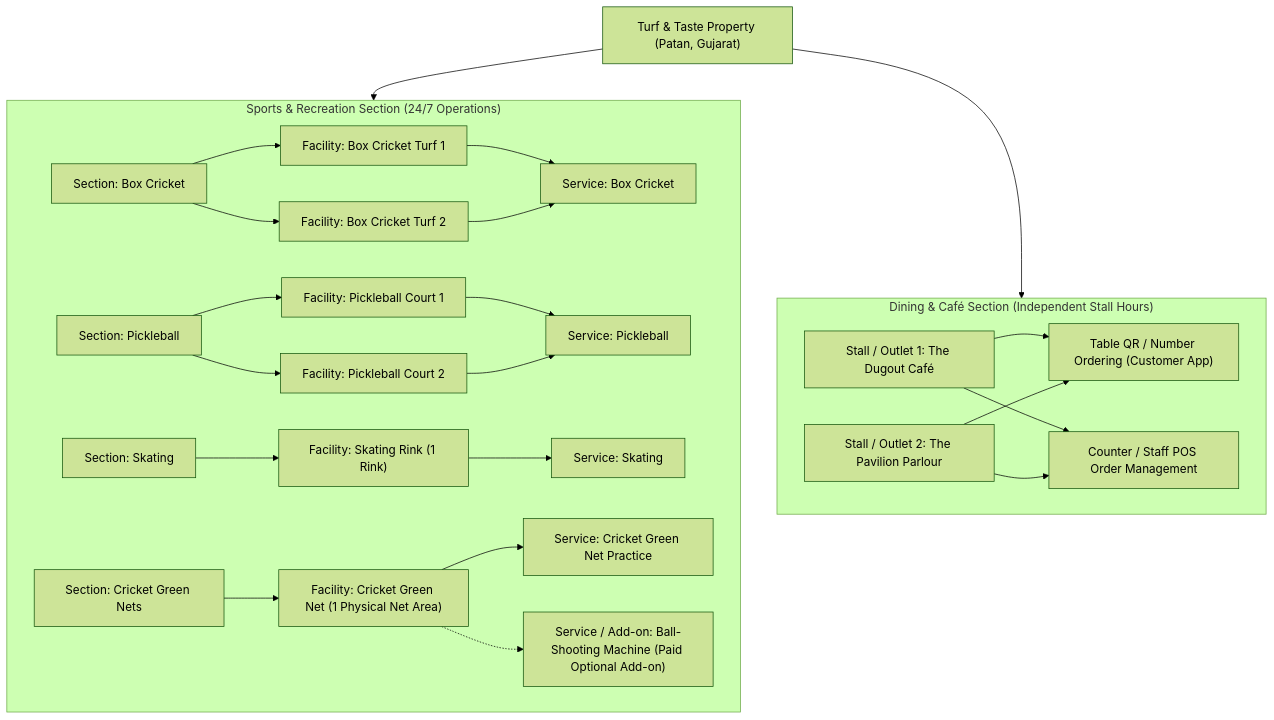
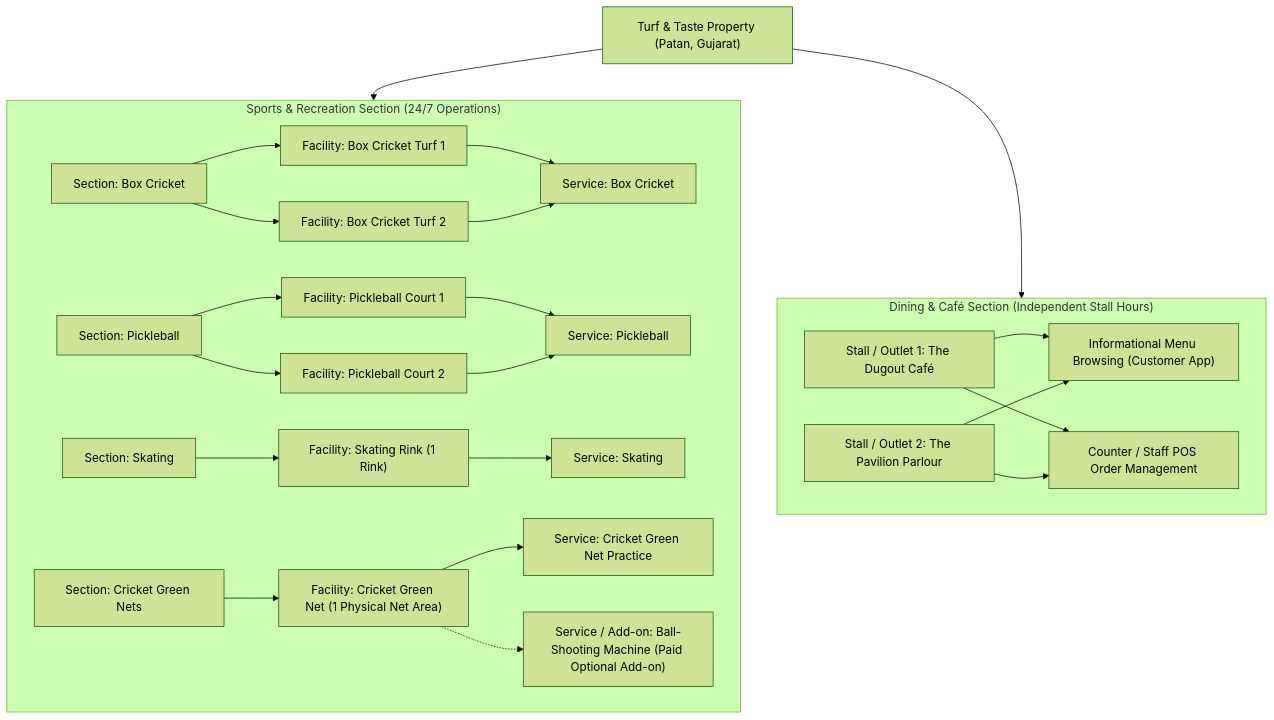
One commit to Devansh5602/TurfAndTaste changed the diagram in docs/domain/PROJECT_TRUTH.md. Above: the diagram before and after it, drawn with Mermaid (forest theme). The commit also changed other lines of this file and 6 other files, not shown here.

````diff
--- a/docs/domain/PROJECT_TRUTH.md
+++ b/docs/domain/PROJECT_TRUTH.md
@@ -24,48 +24,48 @@
 ```mermaid
 graph TD
     Property["Turf & Taste Property (Patan, Gujarat)"]
     
     subgraph SportsSection ["Sports & Recreation Section (24/7 Operations)"]
         SecBox["Section: Box Cricket"]
         SecPickle["Section: Pickleball"]
         SecSkate["Section: Skating"]
         SecNet["Section: Cricket Green Nets"]
         
         FacBox1["Facility: Box Cricket Turf 1"]
         FacBox2["Facility: Box Cricket Turf 2"]
         FacPick1["Facility: Pickleball Court 1"]
         FacPick2["Facility: Pickleball Court 2"]
         FacSkate["Facility: Skating Rink (1 Rink)"]
         FacNet["Facility: Cricket Green Net (1 Physical Net Area)"]
         
         SvcBox["Service: Box Cricket"]
         SvcPick["Service: Pickleball"]
         SvcSkate["Service: Skating"]
         SvcNetStd["Service: Cricket Green Net Practice"]
         SvcNetMachine["Service / Add-on: Ball-Shooting Machine (Paid Optional Add-on)"]
         
         SecBox --> FacBox1 & FacBox2
         SecPickle --> FacPick1 & FacPick2
         SecSkate --> FacSkate
         SecNet --> FacNet
         
         FacBox1 & FacBox2 --> SvcBox
         FacPick1 & FacPick2 --> SvcPick
         FacSkate --> SvcSkate
         FacNet --> SvcNetStd
         FacNet -.-> SvcNetMachine
     end
 
     subgraph DiningSection ["Dining & Café Section (Independent Stall Hours)"]
         Stall1["Stall / Outlet 1: The Dugout Café"]
         Stall2["Stall / Outlet 2: The Pavilion Parlour"]
         
-        Table1["Table QR / Number Ordering (Customer App)"]
+        Table1["Informational Menu Browsing (Customer App)"]
         POS1["Counter / Staff POS Order Management"]
         
         Stall1 & Stall2 --> Table1 & POS1
     end
 
     Property --> SportsSection
     Property --> DiningSection
 ```
````
